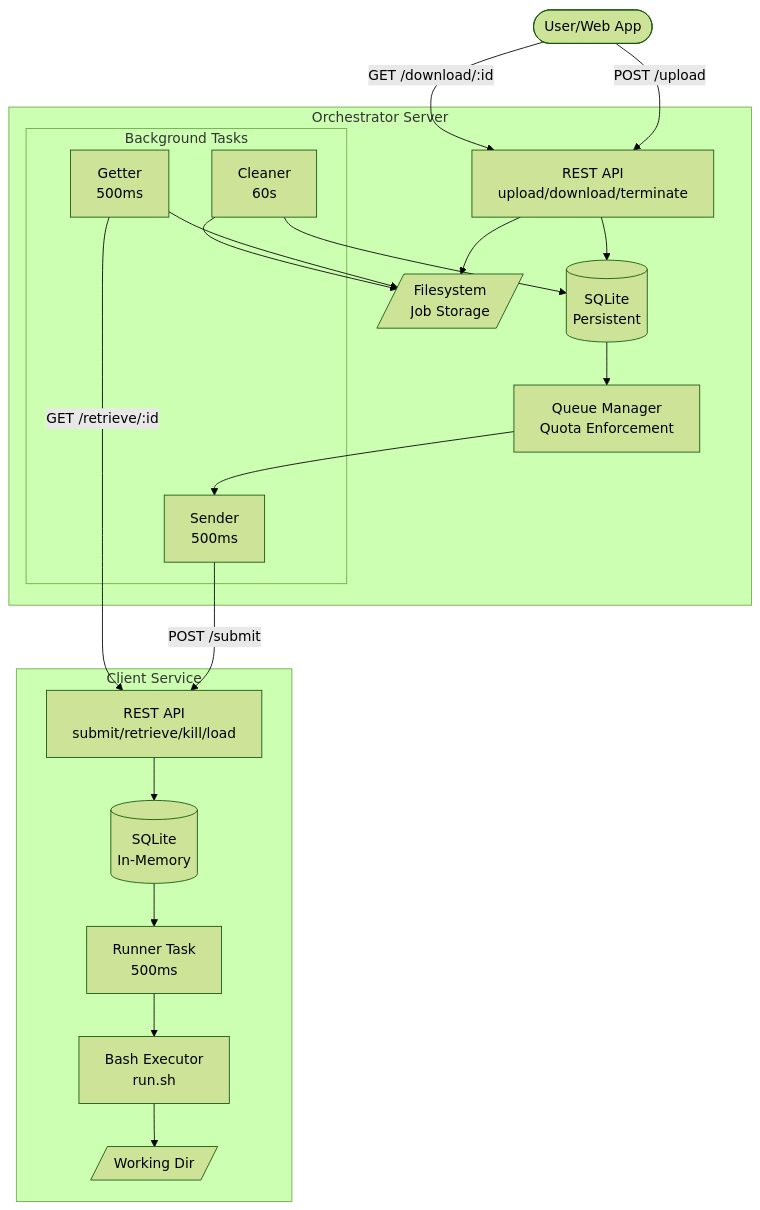
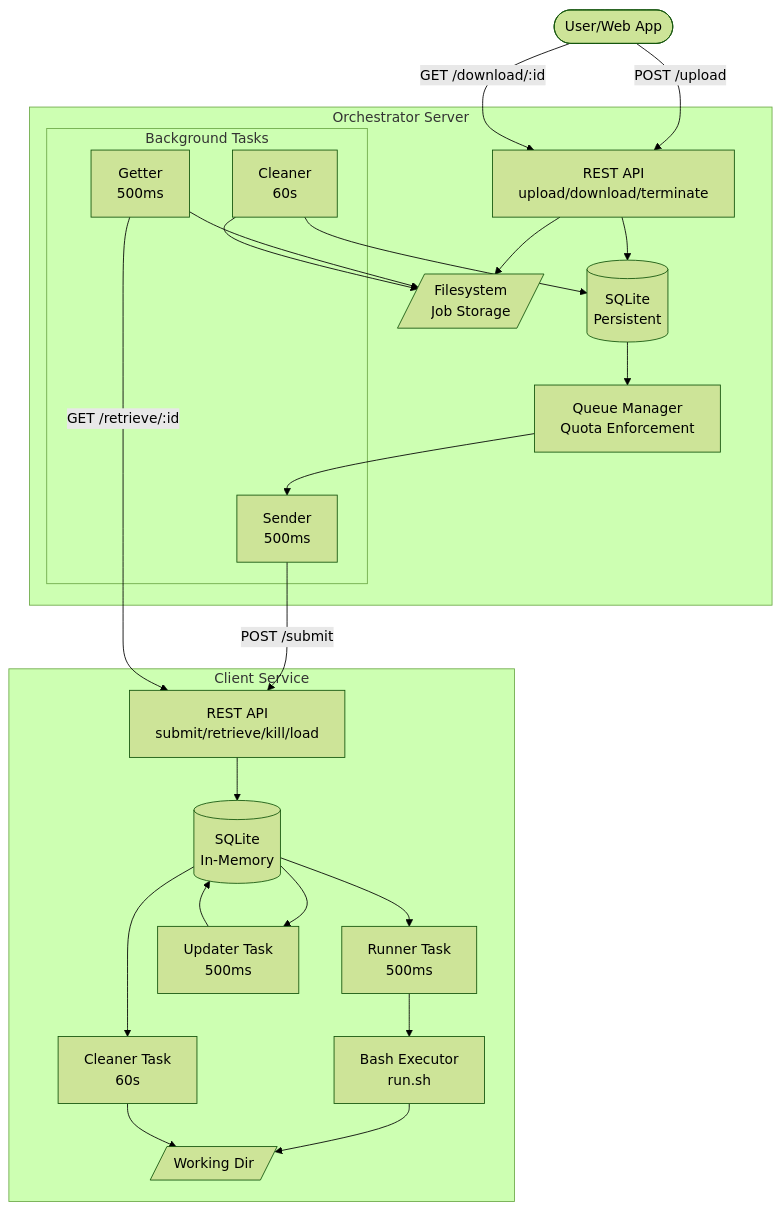
One commit to rvhonorato/job-orchestrator changed the diagram in docs/src/architecture/overview.md. Above: the diagram before and after it, drawn with Mermaid (forest theme). The commit also changed other lines of this file and 22 other files, not shown here.

````diff
--- a/docs/src/architecture/overview.md
+++ b/docs/src/architecture/overview.md
@@ -7,35 +7,41 @@
 ```mermaid
 flowchart TB
  subgraph Tasks["Background Tasks"]
         Sender["Sender<br>500ms"]
         Getter["Getter<br>500ms"]
         Cleaner["Cleaner<br>60s"]
   end
  subgraph Server["Orchestrator Server"]
         API["REST API<br>upload/download/terminate"]
         DB[("SQLite<br>Persistent")]
         FS[/"Filesystem<br>Job Storage"/]
         Tasks
         Queue["Queue Manager<br>Quota Enforcement"]
   end
  subgraph Client["Client Service"]
         ClientAPI["REST API<br>submit/retrieve/kill/load"]
         ClientDB[("SQLite<br>In-Memory")]
         ClientFS[/"Working Dir"/]
         Runner["Runner Task<br>500ms"]
+        Updater["Updater Task<br>500ms"]
+        ClientCleaner["Cleaner Task<br>60s"]
         Executor["Bash Executor<br>run.sh"]
   end
     User(["User/Web App"]) -- POST /upload --> API
     User -- GET /download/:id --> API
     API --> DB & FS
     DB --> Queue
     Queue --> Sender
     Sender -- POST /submit --> ClientAPI
     Getter -- GET /retrieve/:id --> ClientAPI
     Getter --> FS
     Cleaner --> DB & FS
     ClientAPI --> ClientDB
     ClientDB --> Runner
     Runner --> Executor
     Executor --> ClientFS
+    ClientDB --> Updater
+    Updater --> ClientDB
+    ClientDB --> ClientCleaner
+    ClientCleaner --> ClientFS
 ```
````
